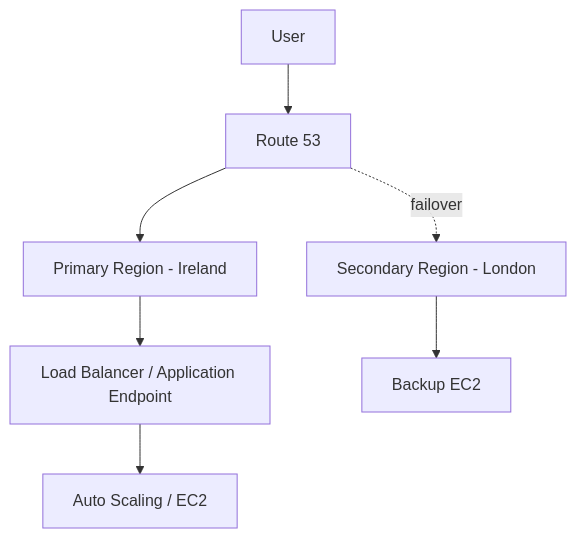
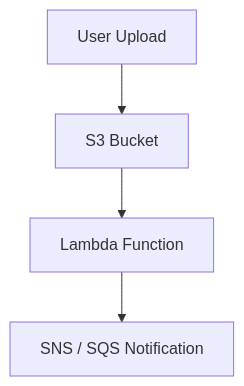
One commit to maberguido/cloud-portfolio-guido changed the diagram in project-4-serverless/README.md. Above: the diagram before and after it, drawn with Mermaid.

````diff
--- a/project-4-serverless/README.md
+++ b/project-4-serverless/README.md
@@ -35,15 +35,9 @@
 ```mermaid
 flowchart TD
-    A[User]
-    B[Route 53]
-    C[Primary Region - Ireland]
-    D[Load Balancer / Application Endpoint]
-    E[Auto Scaling / EC2]
-    F[Secondary Region - London]
-    G[Backup EC2]
+    A[User Upload]
+    B[S3 Bucket]
+    C[Lambda Function]
+    D[SNS / SQS Notification]
 
-    A --> B
-    B --> C
-    C --> D --> E
-    B -. failover .-> F --> G
+    A --> B --> C --> D
 ```
````
